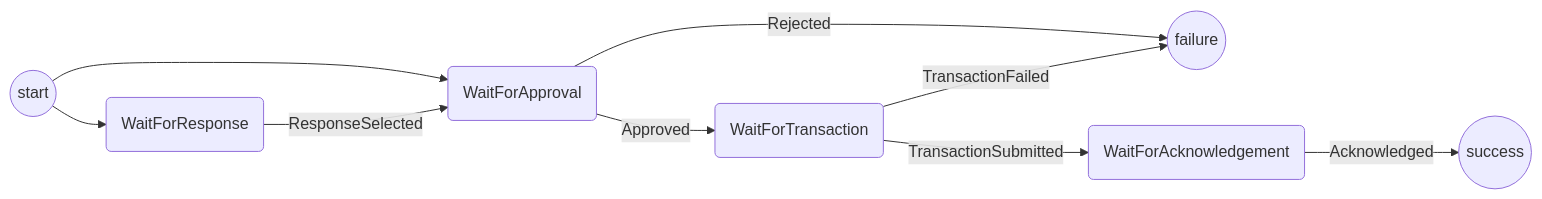
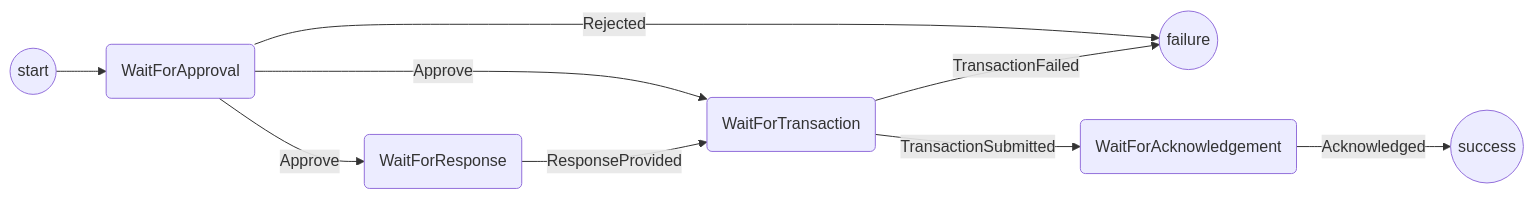
The diagram in packages/wallet/src/redux/protocols/responding/readme.md (magmo/apps), drawn with Mermaid before and after one commit. The commit also changed other lines of this file, not shown here.

Commit message:
Update state machine

````diff
--- a/packages/wallet/src/redux/protocols/responding/readme.md
+++ b/packages/wallet/src/redux/protocols/responding/readme.md
@@ -19,11 +19,11 @@
 ```mermaid
 graph LR
-  St((start)) --> WFR(WaitForResponse)
   St((start)) --> WFAp(WaitForApproval)
-  WFR -->|ResponseSelected| WFAp(WaitForApproval)
+  WFAp-->|Approve|WFT(WaitForTransaction)
+  WFAp-->|Approve|WFR(WaitForResponse)
+  WFR-->|ResponseProvided|WFT(WaitForTransaction)
   WFAp-->|Rejected|F((failure))
-  WFAp --> |Approved|WFT(WaitForTransaction)
   WFT --> |TransactionSubmitted| WFAc(WaitForAcknowledgement)
   WFAc-->|Acknowledged|S((success))
   WFT --> |TransactionFailed| F((failure))
 ```
````
